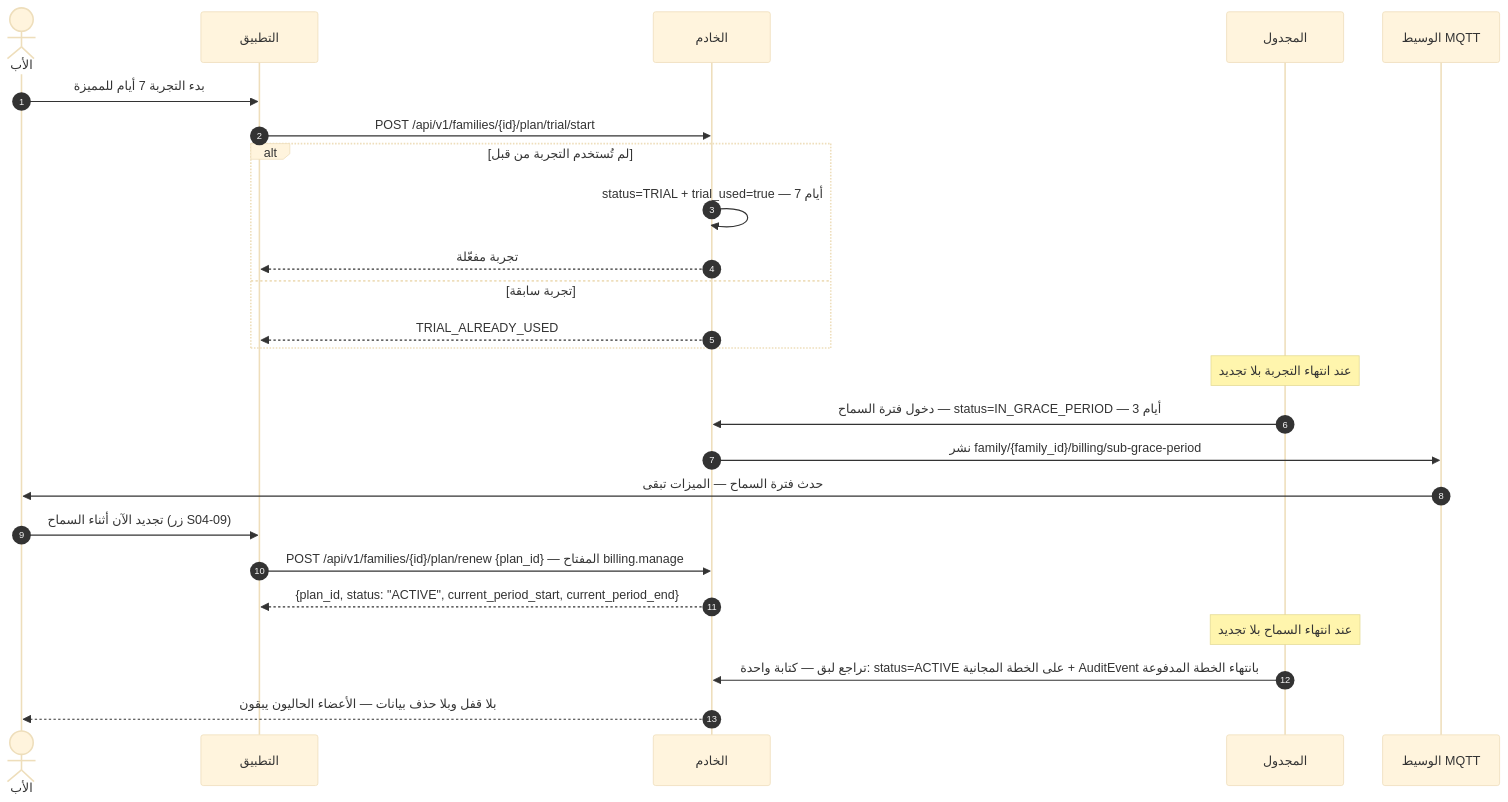
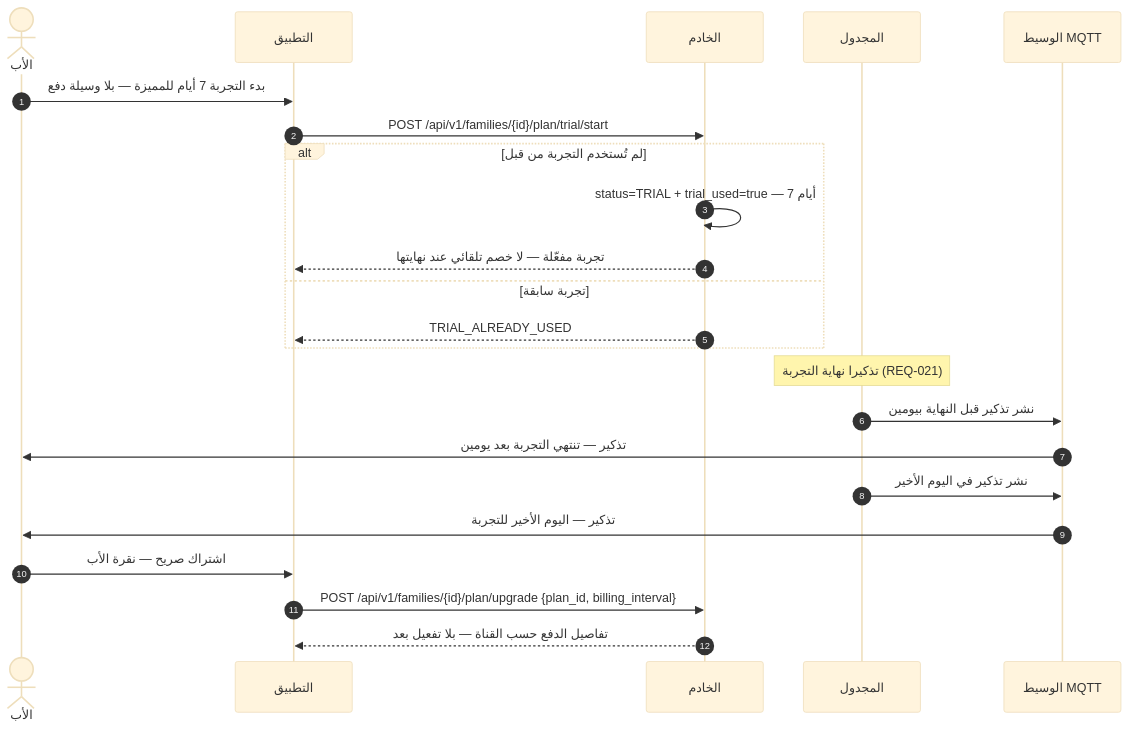
Before and after one commit to Bassam-mohammed-alqaeadi/family-os-v2: the sixth of 22 diagrams in docs/family-os/governance/phases/phase-1/S1-04-plans-and-subscriptions/DIAGRAMS.md, drawn with Mermaid (base theme). The commit also changed other lines of this file, not shown here.

````diff
--- a/docs/family-os/governance/phases/phase-1/S1-04-plans-and-subscriptions/DIAGRAMS.md
+++ b/docs/family-os/governance/phases/phase-1/S1-04-plans-and-subscriptions/DIAGRAMS.md
@@ -263,27 +295,25 @@
 ```mermaid
 sequenceDiagram
     autonumber
     actor Father as الأب
     participant App as التطبيق
     participant Ktor as الخادم
     participant Sched as المجدول
     participant Broker as الوسيط MQTT
-    Father->>App: بدء التجربة 7 أيام للمميزة
+    Father->>App: بدء التجربة 7 أيام للمميزة — بلا وسيلة دفع
     App->>Ktor: POST /api/v1/families/{id}/plan/trial/start
     alt لم تُستخدم التجربة من قبل
         Ktor->>Ktor: status=TRIAL + trial_used=true — 7 أيام
-        Ktor-->>App: تجربة مفعّلة
+        Ktor-->>App: تجربة مفعّلة — لا خصم تلقائي عند نهايتها
     else تجربة سابقة
         Ktor-->>App: TRIAL_ALREADY_USED
     end
-    Note over Sched: عند انتهاء التجربة بلا تجديد
-    Sched->>Ktor: دخول فترة السماح — status=IN_GRACE_PERIOD — 3 أيام
-    Ktor->>Broker: نشر family/{family_id}/billing/sub-grace-period
-    Broker->>Father: حدث فترة السماح — الميزات تبقى
-    Father->>App: تجديد الآن أثناء السماح (زر S04-09)
-    App->>Ktor: POST /api/v1/families/{id}/plan/renew {plan_id} — المفتاح billing.manage
-    Ktor-->>App: {plan_id, status: "ACTIVE", current_period_start, current_period_end}
-    Note over Sched: عند انتهاء السماح بلا تجديد
-    Sched->>Ktor: تراجع لبق — كتابة واحدة: status=ACTIVE على الخطة المجانية + AuditEvent بانتهاء الخطة المدفوعة
-    Ktor-->>Father: بلا قفل وبلا حذف بيانات — الأعضاء الحاليون يبقون
+    Note over Sched: تذكيرا نهاية التجربة (REQ-021)
+    Sched->>Broker: نشر تذكير قبل النهاية بيومين
+    Broker->>Father: تذكير — تنتهي التجربة بعد يومين
+    Sched->>Broker: نشر تذكير في اليوم الأخير
+    Broker->>Father: تذكير — اليوم الأخير للتجربة
+    Father->>App: اشتراك صريح — نقرة الأب
+    App->>Ktor: POST /api/v1/families/{id}/plan/upgrade {plan_id, billing_interval}
+    Ktor-->>App: تفاصيل الدفع حسب القناة — بلا تفعيل بعد
 ```
````
